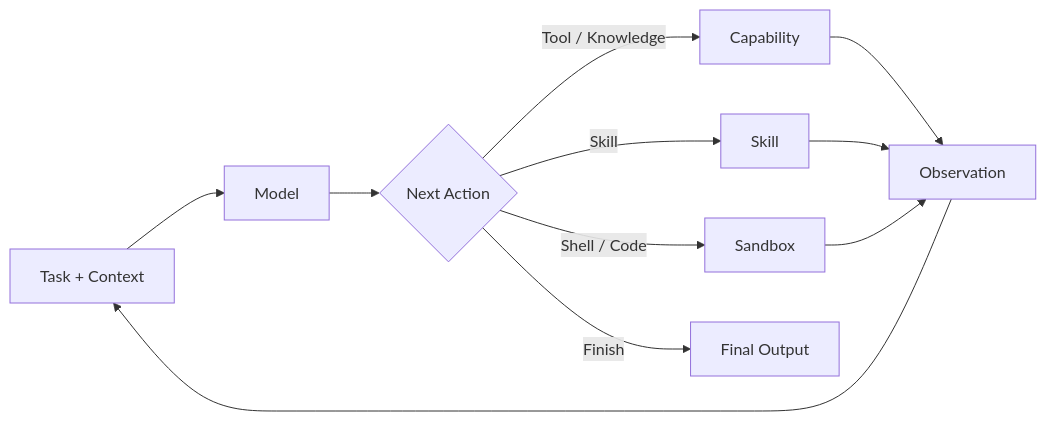
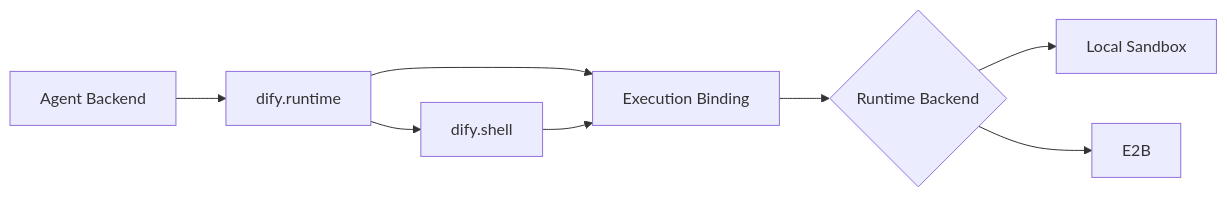
Diagram 17 of 20 in weekly-report/dify-1.17-core-capabilities-research.md (sgfd-ui/internship), drawn with Mermaid before and after one commit. The commit also changed other lines of this file, not shown here.

Commit message:
docs: deepen Dify AI Workflow and Agent research structure

````diff
--- a/weekly-report/dify-1.17-core-capabilities-research.md
+++ b/weekly-report/dify-1.17-core-capabilities-research.md
@@ -356,13 +609,10 @@
 ```mermaid
 flowchart LR
-    A[Task + Context] --> B[Model]
-    B --> C{Next Action}
-    C -->|Tool / Knowledge| D[Capability]
-    C -->|Skill| E[Skill]
-    C -->|Shell / Code| F[Sandbox]
-    D --> G[Observation]
-    E --> G
-    F --> G
-    G --> A
-    C -->|Finish| H[Final Output]
+    A[Agent Backend] --> B[dify.runtime]
+    B --> C[Execution Binding]
+    C --> D{Runtime Backend}
+    D --> E[Local Sandbox]
+    D --> F[E2B]
+    B --> G[dify.shell]
+    G --> C
 ```
````
